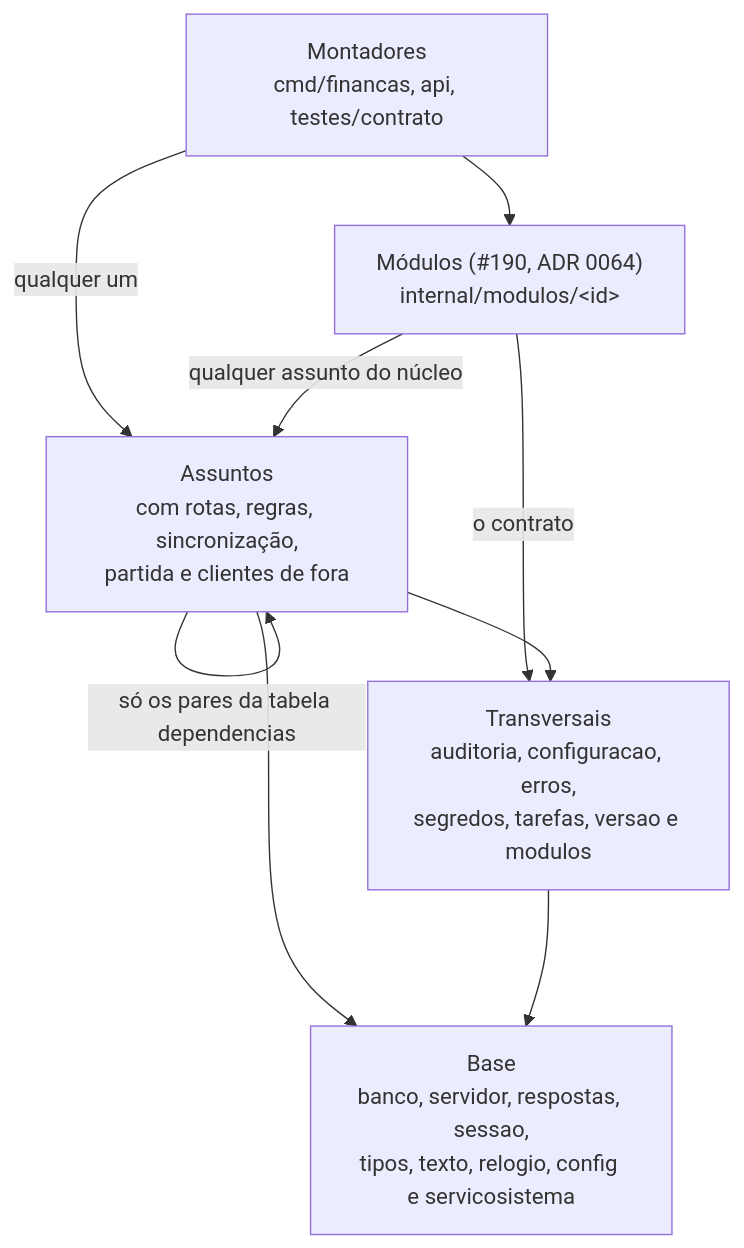
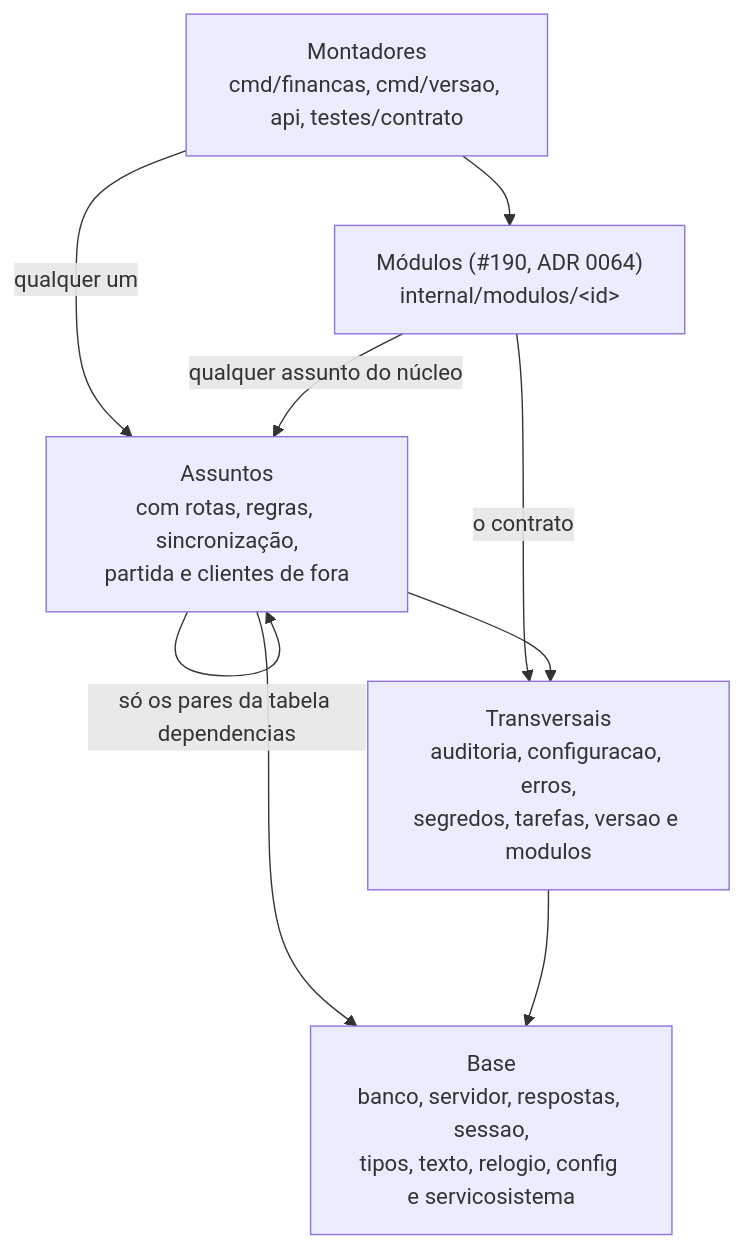
The second of 2 diagrams in docs/arquitetura/componentes.md (LucasDesenvGit/financas-local), drawn with Mermaid before and after one commit. The commit also changed other lines of this file and 21 other files, not shown here.

First line of the commit message:
build(scripts): cálculo da versão em Go (cmd/versao) e <VersaoBase> no lugar do <Version> (#721)

````diff
--- a/docs/arquitetura/componentes.md
+++ b/docs/arquitetura/componentes.md
@@ -114,17 +115,17 @@
 ```mermaid
 flowchart TB
-    montadores["Montadores<br/>cmd/financas, api, testes/contrato"]
+    montadores["Montadores<br/>cmd/financas, cmd/versao, api, testes/contrato"]
     modulos["Módulos (#190, ADR 0064)<br/>internal/modulos/&lt;id&gt;"]
     assuntos["Assuntos<br/>com rotas, regras, sincronização,<br/>partida e clientes de fora"]
     transversais["Transversais<br/>auditoria, configuracao, erros,<br/>segredos, tarefas, versao e modulos"]
     base["Base<br/>banco, servidor, respostas, sessao,<br/>tipos, texto, relogio, config e servicosistema"]
 
     montadores -- "qualquer um" --> assuntos
     montadores --> modulos
     modulos -- "qualquer assunto do núcleo" --> assuntos
     modulos -- "o contrato" --> transversais
     assuntos -- "só os pares da tabela dependencias" --> assuntos
     assuntos --> transversais
     assuntos --> base
     transversais --> base
 ```
````
